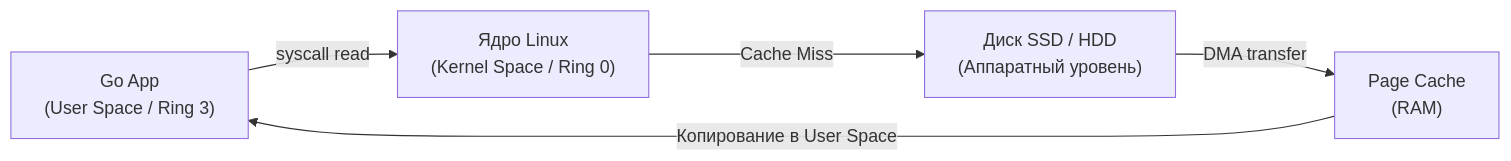
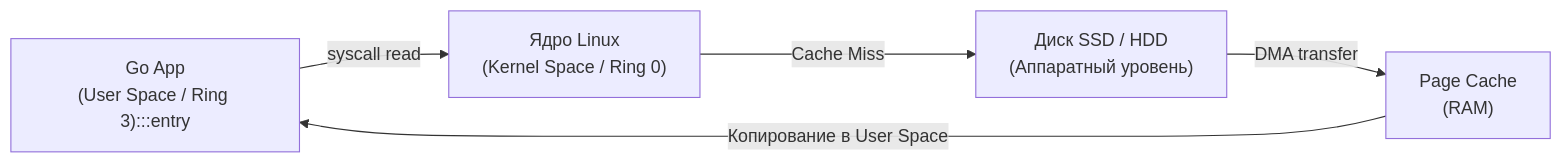
The diagram in sources/5. Учебник по Go (Основы и синтаксис)/29. Работа с файлами и IO.md (UnrealTemplier/go-textbook), drawn with Mermaid before and after one commit. The commit also changed 1666 other files, not shown here.

First line of the commit message:
feat(mermaid): add semantic color classDef to 1369 colorless flowchart/graph diagrams

````diff
--- a/sources/5. Учебник по Go (Основы и синтаксис)/29. Работа с файлами и IO.md
+++ b/sources/5. Учебник по Go (Основы и синтаксис)/29. Работа с файлами и IO.md
@@ -96,7 +96,17 @@
 ```mermaid
 flowchart LR
-    A["Go App<br/>(User Space / Ring 3)"] -->|"syscall read"| B["Ядро Linux<br/>(Kernel Space / Ring 0)"]
+    classDef process  fill:#1e293b,stroke:#38bdf8,stroke-width:1px,color:#f8fafc
+    classDef success  fill:#064e3b,stroke:#34d399,stroke-width:1px,color:#f8fafc
+    classDef error    fill:#7f1d1d,stroke:#f87171,stroke-width:1px,color:#f8fafc
+    classDef warning  fill:#78350f,stroke:#fbbf24,stroke-width:1px,color:#f8fafc
+    classDef entry    fill:#1e3a5f,stroke:#38bdf8,stroke-width:2px,color:#f8fafc
+    classDef aux      fill:#334155,stroke:#64748b,stroke-width:1px,color:#f8fafc
+    classDef system   fill:#312e81,stroke:#a78bfa,stroke-width:1px,color:#f8fafc
+    classDef data     fill:#132d29,stroke:#2dd4bf,stroke-width:1px,color:#f8fafc
+    classDef network  fill:#881337,stroke:#fb7185,stroke-width:1px,color:#f8fafc
+    classDef accent   fill:#1e1b4b,stroke:#818cf8,stroke-width:1px,color:#f8fafc
+    A["Go App<br/>(User Space / Ring 3):::entry"] -->|"syscall read"| B["Ядро Linux<br/>(Kernel Space / Ring 0)"]
     B -->|"Cache Miss"| C["Диск SSD / HDD<br/>(Аппаратный уровень)"]
     C -->|"DMA transfer"| D["Page Cache<br/>(RAM)"]
     D -->|"Копирование в User Space"| A
 ```
````
